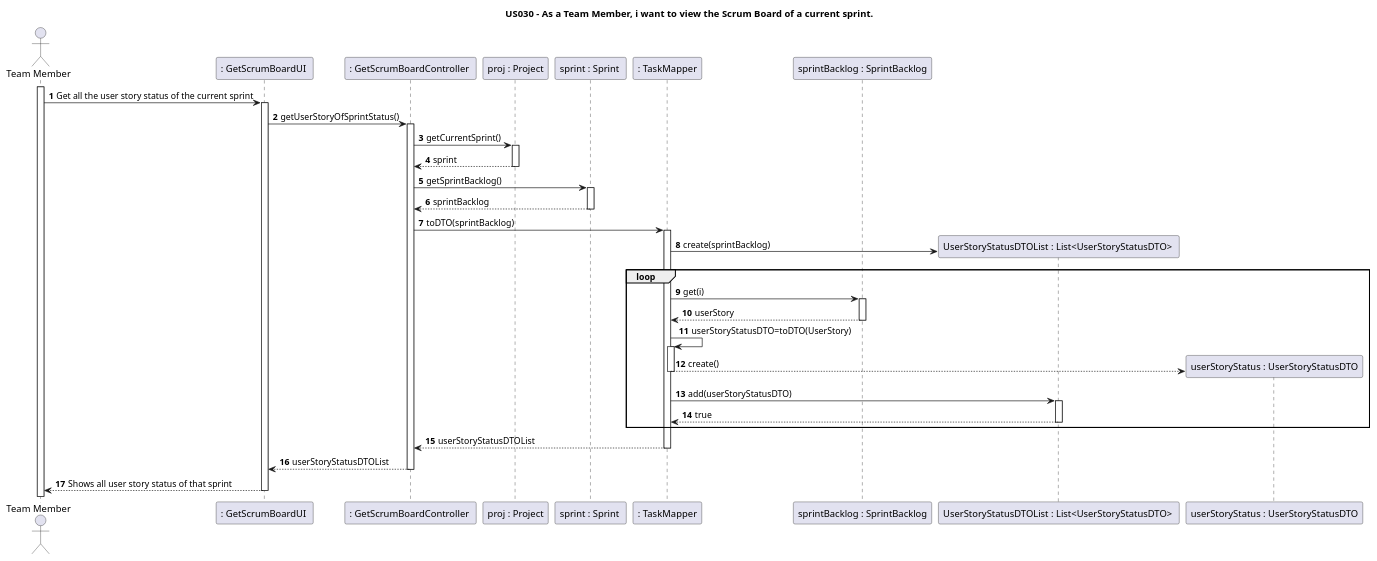
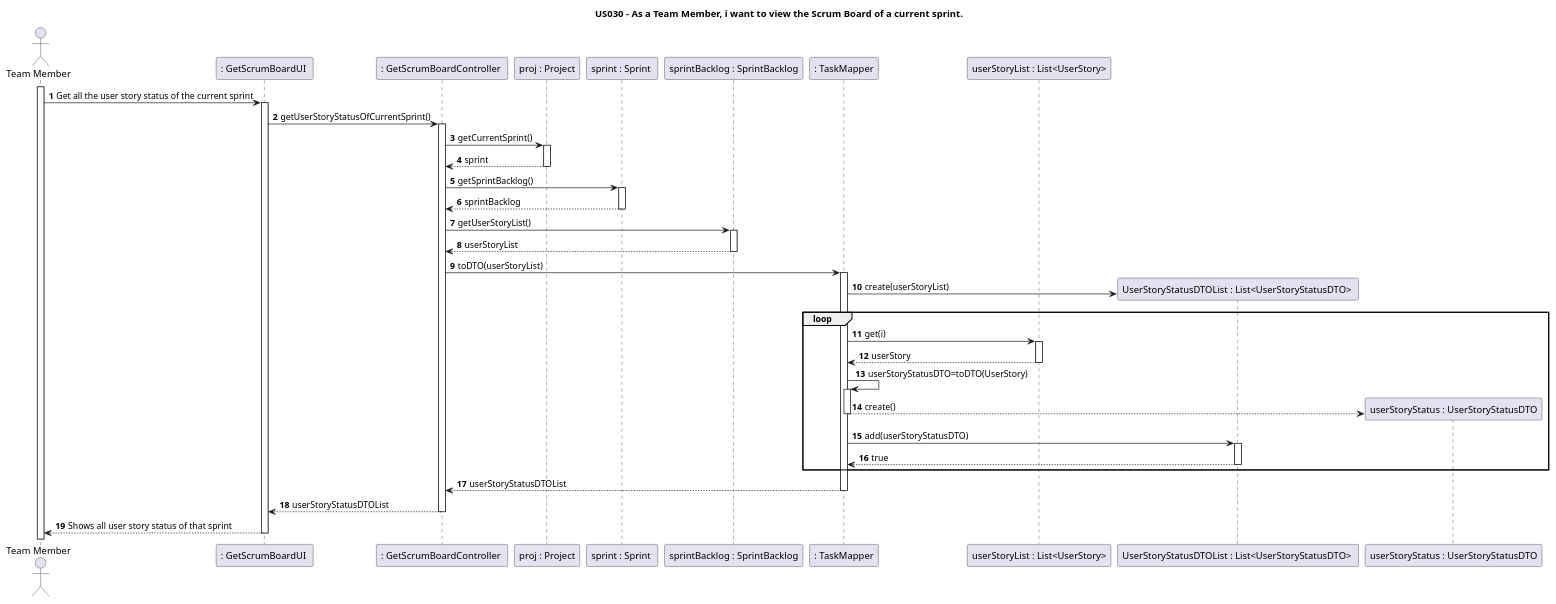
One commit to nunogon1211787/projectManagement changed the diagram in docs/Sprint3/US030/US030-SD.puml. Above: the diagram before and after it, drawn with PlantUML. The commit also changed 3 other files, not shown here.

```diff
--- a/docs/Sprint3/US030/US030-SD.puml
+++ b/docs/Sprint3/US030/US030-SD.puml
@@ -1,45 +1,48 @@
 @startuml
 'https://plantuml.com/class-diagram
 
 title US030 - As a Team Member, i want to view the Scrum Board of a current sprint.
 
 autoactivate on
 autonumber
 
 actor "Team Member" as TeamMember
 
 participant ": GetScrumBoardUI " as UI
 participant ": GetScrumBoardController " as controller
 participant "proj : Project" as proj
 participant "sprint : Sprint " as sprint
+participant "sprintBacklog : SprintBacklog" as sprintBacklog
 participant ": TaskMapper" as mapper
-participant "sprintBacklog : SprintBacklog" as tasksStatus
+participant "userStoryList : List<UserStory>" as userStoryList
 participant "UserStoryStatusDTOList : List<UserStoryStatusDTO> " as tasksDTOList
 participant "userStoryStatus : UserStoryStatusDTO" as UserStoryStatus
 
 activate TeamMember
 
 TeamMember -> UI: Get all the user story status of the current sprint
 
-UI -> controller: getUserStoryOfSprintStatus()
+UI -> controller: getUserStoryStatusOfCurrentSprint()
 controller -> proj: getCurrentSprint()
 return sprint
 controller -> sprint: getSprintBacklog()
 return sprintBacklog
-controller -> mapper : toDTO(sprintBacklog)
-mapper -> tasksDTOList**: create(sprintBacklog)
+controller -> sprintBacklog: getUserStoryList()
+return userStoryList
+controller -> mapper : toDTO(userStoryList)
+mapper -> tasksDTOList**: create(userStoryList)
 loop
-mapper -> tasksStatus : get(i)
+mapper -> userStoryList : get(i)
 return userStory
 mapper -> mapper : userStoryStatusDTO=toDTO(UserStory)
 mapper --> UserStoryStatus**: create()
 deactivate
 mapper -> tasksDTOList : add(userStoryStatusDTO)
 return true
 end
 return userStoryStatusDTOList
 return userStoryStatusDTOList
 return Shows all user story status of that sprint
 
 
 @enduml
```
